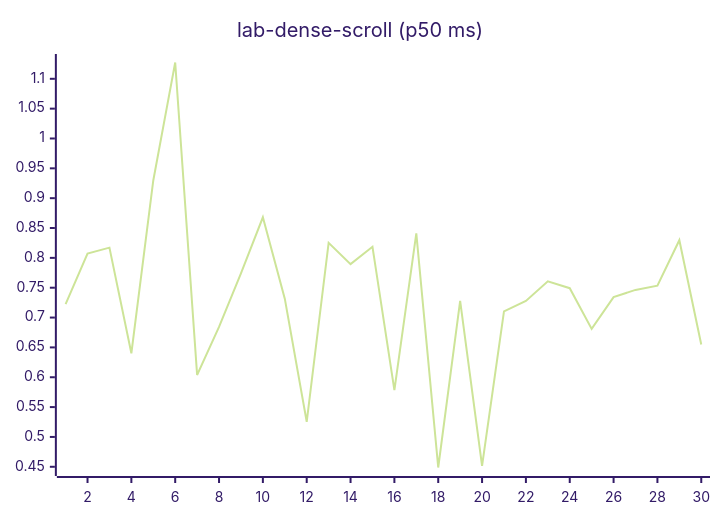
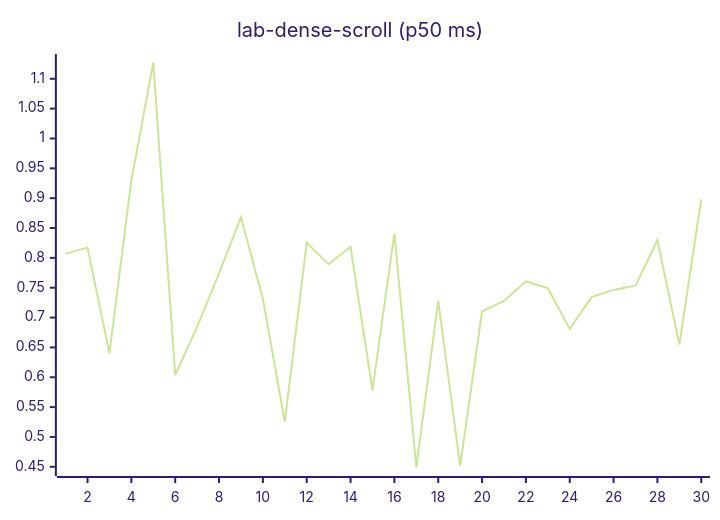
One commit to josha/Facet changed diagram 12 of 27 in README.md. Above: the diagram before and after it, drawn with Mermaid (forest theme). The commit also changed other lines of this file and 2 other files, not shown here.

````diff
--- a/README.md
+++ b/README.md
@@ -140,6 +140,6 @@
 ```mermaid
 xychart-beta
     title "lab-dense-scroll (p50 ms)"
     x-axis 1 --> 30
-    line [0.7226, 0.8071, 0.8171, 0.6401, 0.9297, 1.1273, 0.6038, 0.6843, 0.7739, 0.8680, 0.7317, 0.5254, 0.8252, 0.7895, 0.8186, 0.5785, 0.8409, 0.4488, 0.7278, 0.4517, 0.7102, 0.7278, 0.7607, 0.7492, 0.6810, 0.7343, 0.7463, 0.7534, 0.8296, 0.6548]
+    line [0.8071, 0.8171, 0.6401, 0.9297, 1.1273, 0.6038, 0.6843, 0.7739, 0.8680, 0.7317, 0.5254, 0.8252, 0.7895, 0.8186, 0.5785, 0.8409, 0.4488, 0.7278, 0.4517, 0.7102, 0.7278, 0.7607, 0.7492, 0.6810, 0.7343, 0.7463, 0.7534, 0.8296, 0.6548, 0.8982]
 ```
````
